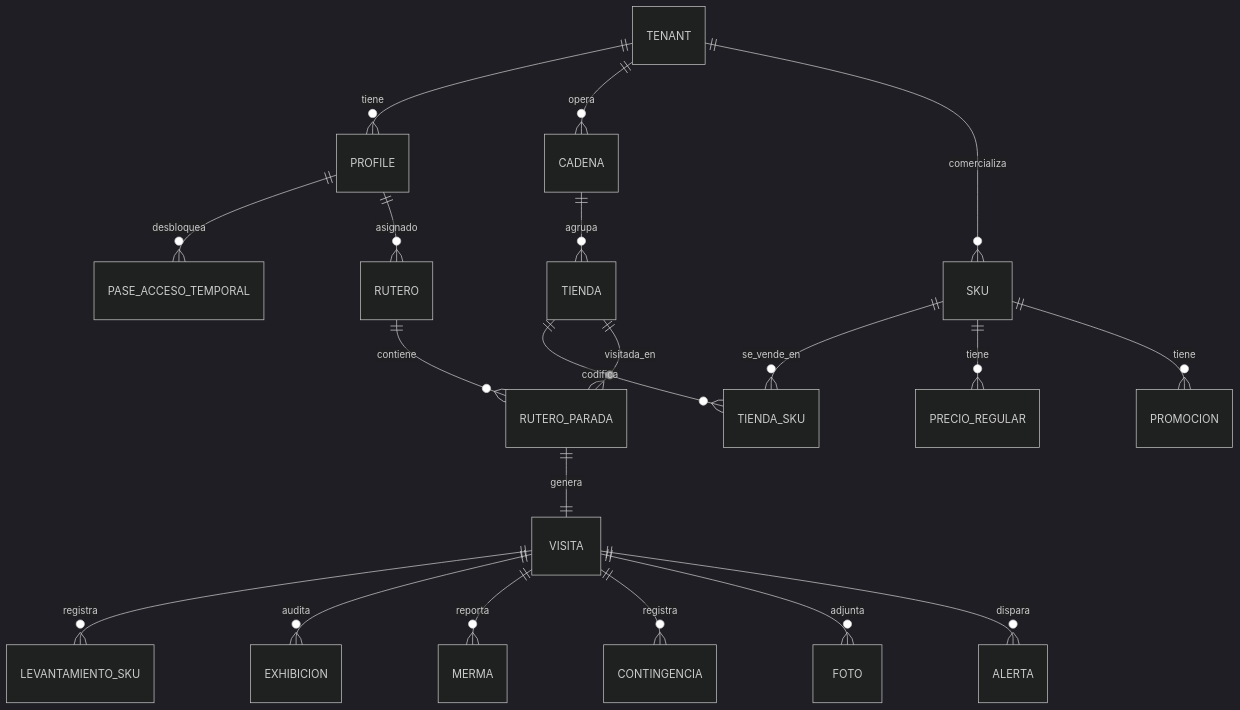
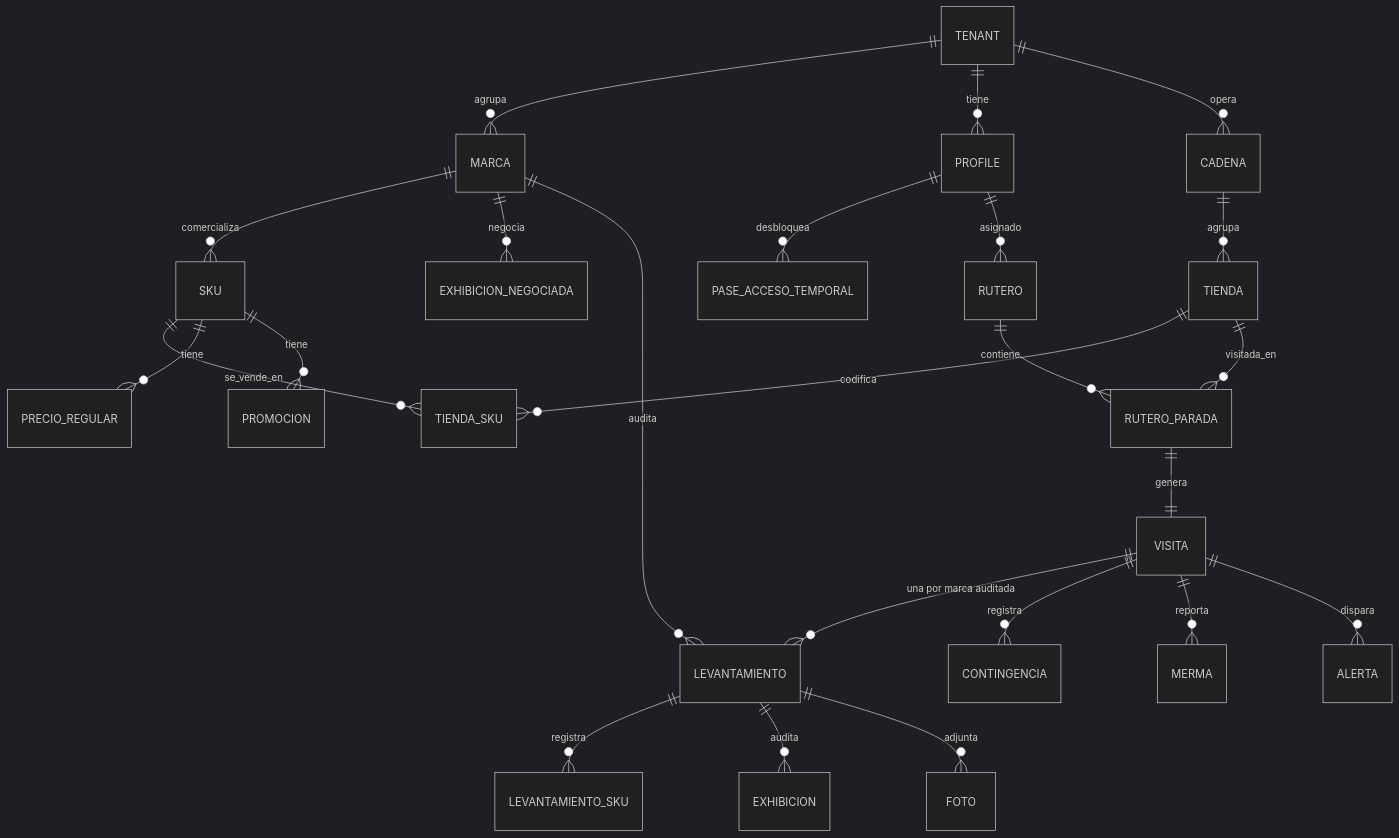
One commit to DiegoRyomaOsaki/market-track changed the diagram in docs/03 - Modelo de Datos.md. Above: the diagram before and after it, drawn with Mermaid (dark theme). The commit also changed other lines of this file and 4 other files, not shown here.

First line of the commit message:
Modelo: el tenant es el CLIENTE, no la marca; y la baja del cliente arrastra a su gente

````diff
--- a/docs/03 - Modelo de Datos.md
+++ b/docs/03 - Modelo de Datos.md
@@ -15,22 +15,26 @@
 ```mermaid
 erDiagram
+    TENANT ||--o{ MARCA : agrupa
     TENANT ||--o{ PROFILE : tiene
     PROFILE ||--o{ PASE_ACCESO_TEMPORAL : desbloquea
     TENANT ||--o{ CADENA : opera
-    TENANT ||--o{ SKU : comercializa
+    MARCA ||--o{ SKU : comercializa
+    MARCA ||--o{ EXHIBICION_NEGOCIADA : negocia
     CADENA ||--o{ TIENDA : agrupa
     TIENDA ||--o{ TIENDA_SKU : codifica
     SKU ||--o{ TIENDA_SKU : se_vende_en
     PROFILE ||--o{ RUTERO : asignado
     RUTERO ||--o{ RUTERO_PARADA : contiene
     TIENDA ||--o{ RUTERO_PARADA : visitada_en
     RUTERO_PARADA ||--|| VISITA : genera
-    VISITA ||--o{ LEVANTAMIENTO_SKU : registra
-    VISITA ||--o{ EXHIBICION : audita
+    VISITA ||--o{ LEVANTAMIENTO : "una por marca auditada"
+    MARCA ||--o{ LEVANTAMIENTO : audita
+    LEVANTAMIENTO ||--o{ LEVANTAMIENTO_SKU : registra
+    LEVANTAMIENTO ||--o{ EXHIBICION : audita
+    LEVANTAMIENTO ||--o{ FOTO : adjunta
+    VISITA ||--o{ CONTINGENCIA : registra
     VISITA ||--o{ MERMA : reporta
-    VISITA ||--o{ CONTINGENCIA : registra
-    VISITA ||--o{ FOTO : adjunta
     VISITA ||--o{ ALERTA : dispara
     SKU ||--o{ PRECIO_REGULAR : tiene
     SKU ||--o{ PROMOCION : tiene
 ```
````
